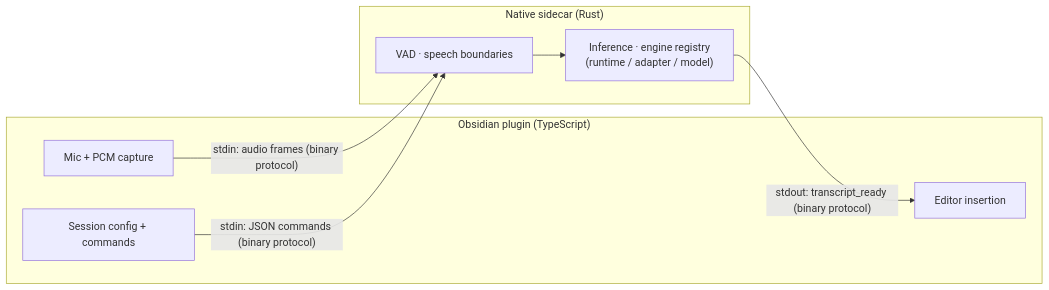
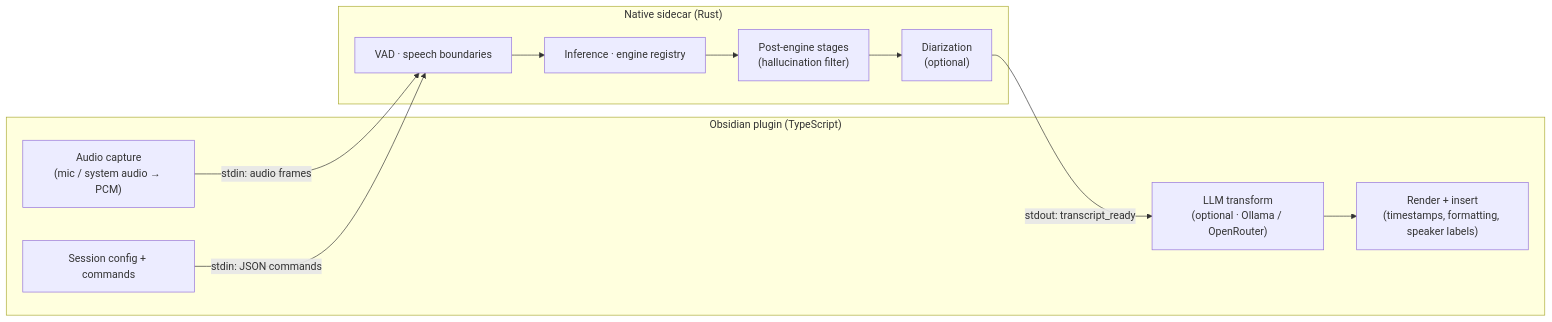
The first of 6 diagrams in docs/system-architecture.md (brittain9/local-dictation-obsidian-plugin), drawn with Mermaid before and after one commit. The commit also changed other lines of this file and 23 other files, not shown here.

````diff
--- a/docs/system-architecture.md
+++ b/docs/system-architecture.md
@@ -11,18 +16,21 @@
 ```mermaid
 flowchart LR
     subgraph Plugin ["Obsidian plugin (TypeScript)"]
-        MIC["Mic + PCM capture"]
+        CAP["Audio capture<br/>(mic / system audio → PCM)"]
         CFG["Session config + commands"]
-        EDIT["Editor insertion"]
+        LLM["LLM transform<br/>(optional · Ollama / OpenRouter)"]
+        REND["Render + insert<br/>(timestamps, formatting, speaker labels)"]
     end
 
     subgraph Sidecar ["Native sidecar (Rust)"]
         VAD["VAD · speech boundaries"]
-        INF["Inference · engine registry<br/>(runtime / adapter / model)"]
-        VAD --> INF
+        INF["Inference · engine registry"]
+        STAGE["Post-engine stages<br/>(hallucination filter)"]
+        DIA["Diarization<br/>(optional)"]
+        VAD --> INF --> STAGE --> DIA
     end
 
-    MIC -->|"stdin: audio frames (binary protocol)"| VAD
-    CFG -->|"stdin: JSON commands (binary protocol)"| VAD
-    INF -->|"stdout: transcript_ready (binary protocol)"| EDIT
+    CAP -->|"stdin: audio frames"| VAD
+    CFG -->|"stdin: JSON commands"| VAD
+    DIA -->|"stdout: transcript_ready"| LLM --> REND
 ```
````
